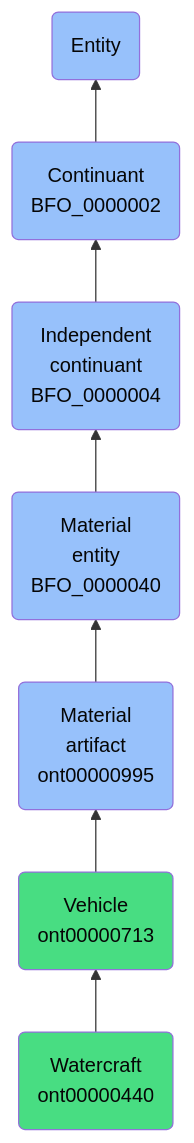
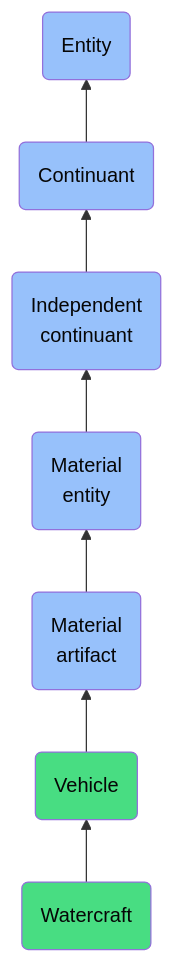
The diagram in docs/ontology/reference/model/Entity/Continuant/Independent continuant/Material entity/Material artifact/Vehicle/Watercraft/Watercraft.md (jupyter-naas/abi), drawn with Mermaid before and after one commit. The commit also changed other lines of this file and 1430 other files, not shown here.

````diff
--- a/docs/ontology/reference/model/Entity/Continuant/Independent continuant/Material entity/Material artifact/Vehicle/Watercraft/Watercraft.md
+++ b/docs/ontology/reference/model/Entity/Continuant/Independent continuant/Material entity/Material artifact/Vehicle/Watercraft/Watercraft.md
@@ -24,14 +24,14 @@
 ```mermaid
 graph BT
-    ont00000440(Watercraft<br>ont00000440):::ABI-->ont00000713
-    ont00000713(Vehicle<br>ont00000713):::ABI-->ont00000995
-    ont00000995(Material<br>artifact<br>ont00000995):::BFO-->BFO_0000040
-    BFO_0000040(Material<br>entity<br>BFO_0000040):::BFO-->BFO_0000004
-    BFO_0000004(Independent<br>continuant<br>BFO_0000004):::BFO-->BFO_0000002
-    BFO_0000002(Continuant<br>BFO_0000002):::BFO-->BFO_0000001
+    ont00000440(Watercraft):::ABI-->ont00000713
+    ont00000713(Vehicle):::ABI-->ont00000995
+    ont00000995(Material<br>artifact):::BFO-->BFO_0000040
+    BFO_0000040(Material<br>entity):::BFO-->BFO_0000004
+    BFO_0000004(Independent<br>continuant):::BFO-->BFO_0000002
+    BFO_0000002(Continuant):::BFO-->BFO_0000001
     BFO_0000001(Entity):::BFO
     
     classDef BFO fill:#97c1fb,color:#060606
     classDef CCO fill:#e4c51e,color:#060606
     classDef ABI fill:#48DD82,color:#060606
 ```
````
